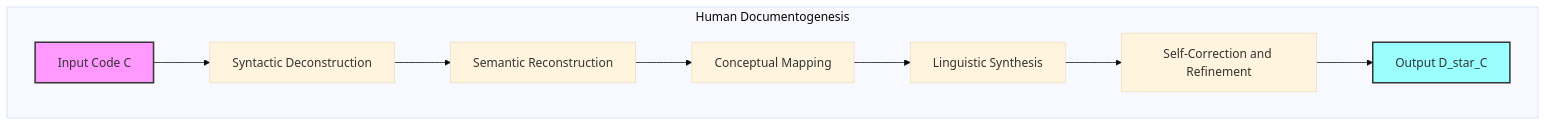
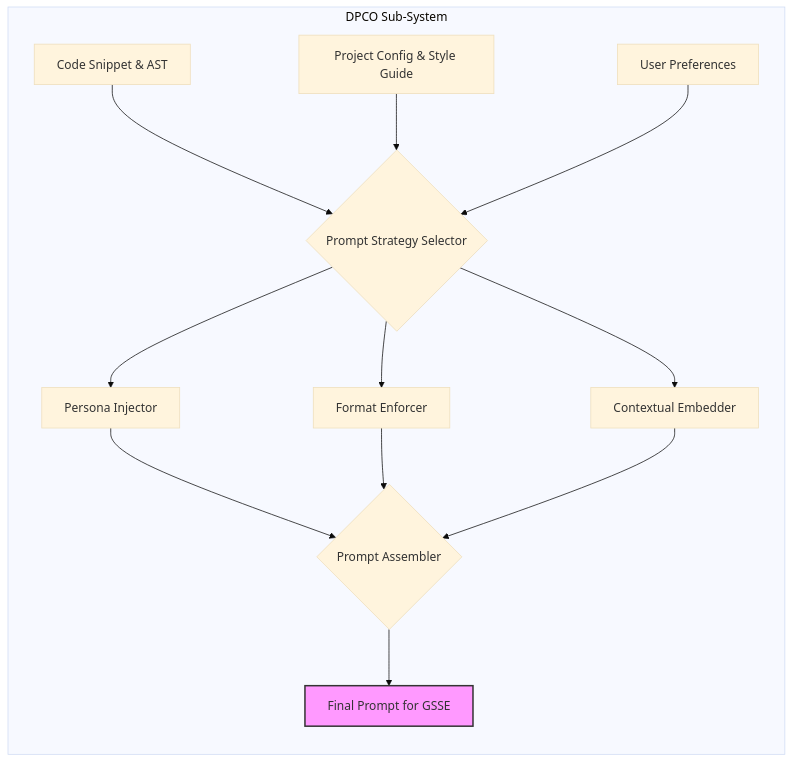
Before and after one commit to diplomat-bit/Citibank_Demo_Business_Inc_Demonstration-: the third of 10 diagrams in inventions/033_ai_code_comment_and_docstring_generator.md, drawn with Mermaid (base theme). The commit also changed other lines of this file, not shown here.

Commit message:
[AI] Edit: inventions/033_ai_code_comment_and_docstring_generator.md

````diff
--- a/inventions/033_ai_code_comment_and_docstring_generator.md
+++ b/inventions/033_ai_code_comment_and_docstring_generator.md
@@ -248,14 +207,16 @@
 ```mermaid
-graph TD
-    subgraph Human Documentogenesis
-        A[Input Code C] --> B[Syntactic Deconstruction]
-        B --> C[Semantic Reconstruction]
-        C --> D[Conceptual Mapping]
-        D --> E[Linguistic Synthesis]
-        E --> F[Self-Correction and Refinement]
-        F --> G[Output D_star_C]
+graph LR
+    subgraph DPCO Sub-System
+        A[Code Snippet & AST] --> B{Prompt Strategy Selector};
+        C[Project Config & Style Guide] --> B;
+        D[User Preferences] --> B;
+        B --> E[Persona Injector];
+        B --> F[Format Enforcer];
+        B --> G[Contextual Embedder];
+        E --> H{Prompt Assembler};
+        F --> H;
+        G --> H;
+        H --> I[Final Prompt for GSSE];
     end
-
-    style A fill:#f9f,stroke:#333,stroke-width:2px
-    style G fill:#9ff,stroke:#333,stroke-width:2px
+    style I fill:#f9f,stroke:#333,stroke-width:2px
 ```
````
